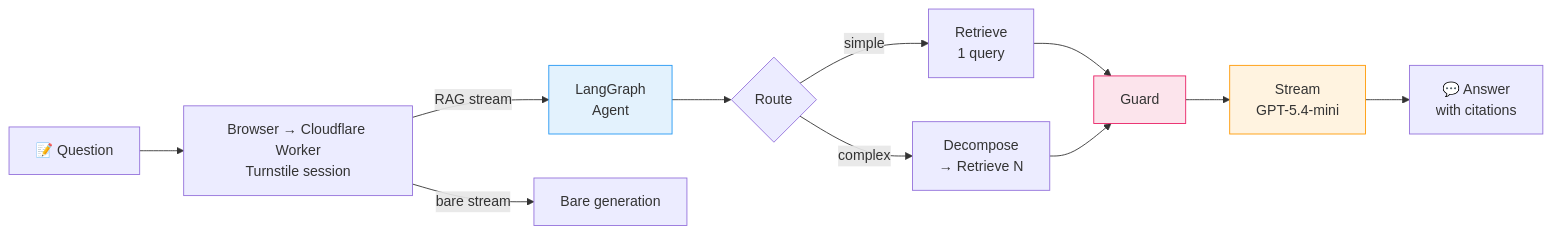
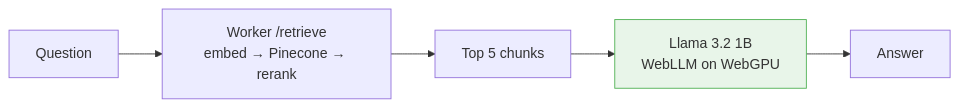
The fourth of 5 diagrams in README.md (anant-j/AeroQuery), drawn with Mermaid before and after one commit. The commit also changed other lines of this file, not shown here.

````diff
--- a/README.md
+++ b/README.md
@@ -49,16 +92,9 @@
 ```mermaid
 flowchart LR
-    A["📝 Question"] --> V["Browser → Cloudflare Worker\nTurnstile session"]
-    V -->|RAG stream| B["LangGraph\nAgent"]
-    V -->|bare stream| I["Bare generation"]
-    B --> C{Route}
-    C -->|simple| D["Retrieve\n1 query"]
-    C -->|complex| E["Decompose\n→ Retrieve N"]
-    D & E --> F["Guard"]
-    F --> G["Stream\nGPT-5.4-mini"]
-    G --> H["💬 Answer\nwith citations"]
+    Q["Question"] --> W["Worker /retrieve<br/>embed → Pinecone → rerank"]
+    W --> C["Top 5 chunks"]
+    C --> L["Llama 3.2 1B<br/>WebLLM on WebGPU"]
+    L --> R["Answer"]
 
-    style B fill:#e3f2fd,stroke:#2196f3
-    style G fill:#fff3e0,stroke:#ff9800
-    style F fill:#fce4ec,stroke:#e91e63
+    style L fill:#e8f5e9,stroke:#4caf50
 ```
````
